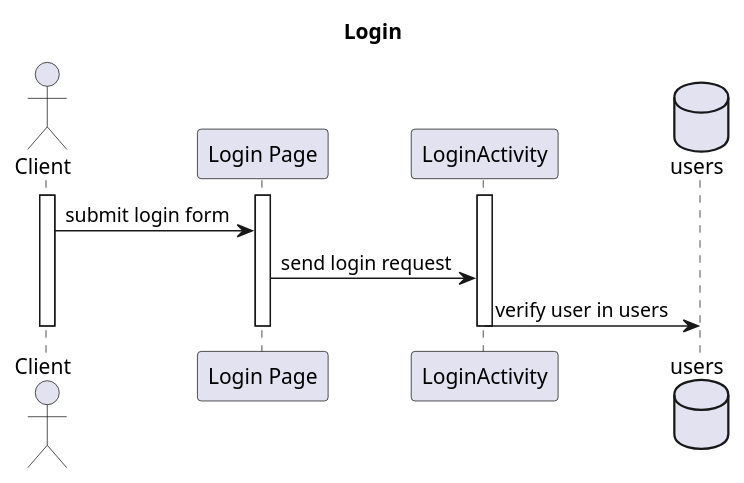
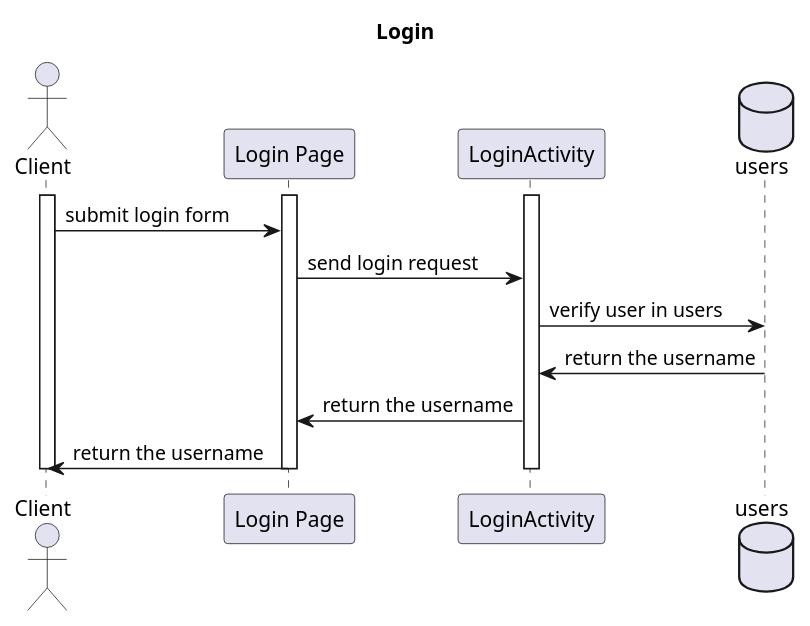
One commit to BloomTechBackend/bd-team-project-crypto-wizards changed the diagram in resources/Login_SD.puml. Above: the diagram before and after it, drawn with PlantUML. The commit also changed 3 other files, not shown here.

Commit message:
Updated the sequence Diagrams with suggestions from David

```diff
--- a/resources/Login_SD.puml
+++ b/resources/Login_SD.puml
@@ -1,17 +1,20 @@
 @startuml
 title Login
 actor Client
 
 participant "Login Page" as loginPage
 activate Client
 activate loginPage
 activate LoginActivity
 database users
 
 Client -> loginPage : submit login form
 loginPage -> LoginActivity : send login request
 LoginActivity -> users : verify user in users
+users -> LoginActivity : return the username
+LoginActivity -> loginPage : return the username
+loginPage -> Client : return the username
 deactivate Client
 deactivate loginPage
 deactivate LoginActivity
 @enduml
```
